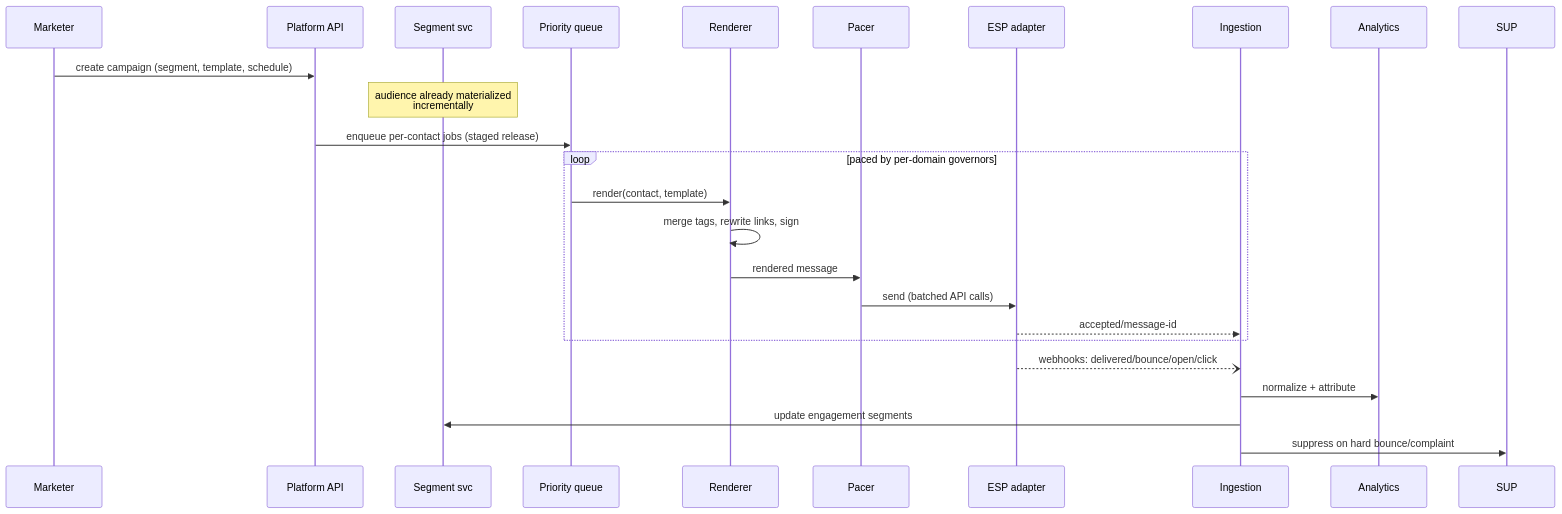
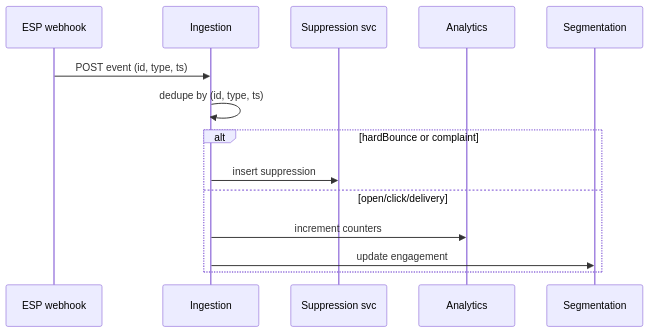
The sixth of 17 diagrams in docs/system-design/high-level/designing/advanced/email-automation-platform.md (abhishekghoshh/system-design-helper), drawn with Mermaid before and after one commit. The commit also changed other lines of this file and 107 other files, not shown here.

````diff
--- a/docs/system-design/high-level/designing/advanced/email-automation-platform.md
+++ b/docs/system-design/high-level/designing/advanced/email-automation-platform.md
@@ -339,27 +498,16 @@
 ```mermaid
 sequenceDiagram
-    participant M as Marketer
-    participant API as Platform API
-    participant SEG as Segment svc
-    participant Q as Priority queue
-    participant R as Renderer
-    participant SCH as Pacer
-    participant ESP as ESP adapter
-    participant ING as Ingestion
-    participant ANA as Analytics
-
-    M->>API: create campaign (segment, template, schedule)
-    Note over SEG: audience already materialized<br/>incrementally
-    API->>Q: enqueue per-contact jobs (staged release)
-    loop paced by per-domain governors
-        Q->>R: render(contact, template)
-        R->>R: merge tags, rewrite links, sign
-        R->>SCH: rendered message
-        SCH->>ESP: send (batched API calls)
-        ESP-->>ING: accepted/message-id
+    participant ESP as ESP webhook
+    participant IN as Ingestion
+    participant S as Suppression svc
+    participant A as Analytics
+    participant G as Segmentation
+    ESP->>IN: POST event (id, type, ts)
+    IN->>IN: dedupe by (id, type, ts)
+    alt hardBounce or complaint
+        IN->>S: insert suppression
+    else open/click/delivery
+        IN->>A: increment counters
+        IN->>G: update engagement
     end
-    ESP--)ING: webhooks: delivered/bounce/open/click
-    ING->>ANA: normalize + attribute
-    ING->>SEG: update engagement segments
-    ING->>SUP: suppress on hard bounce/complaint
 ```
````
